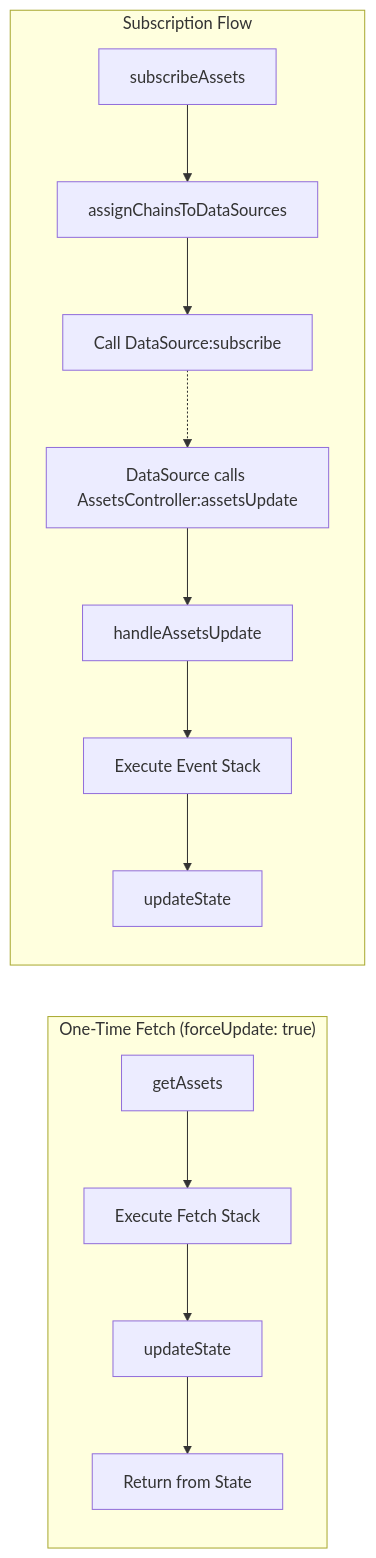
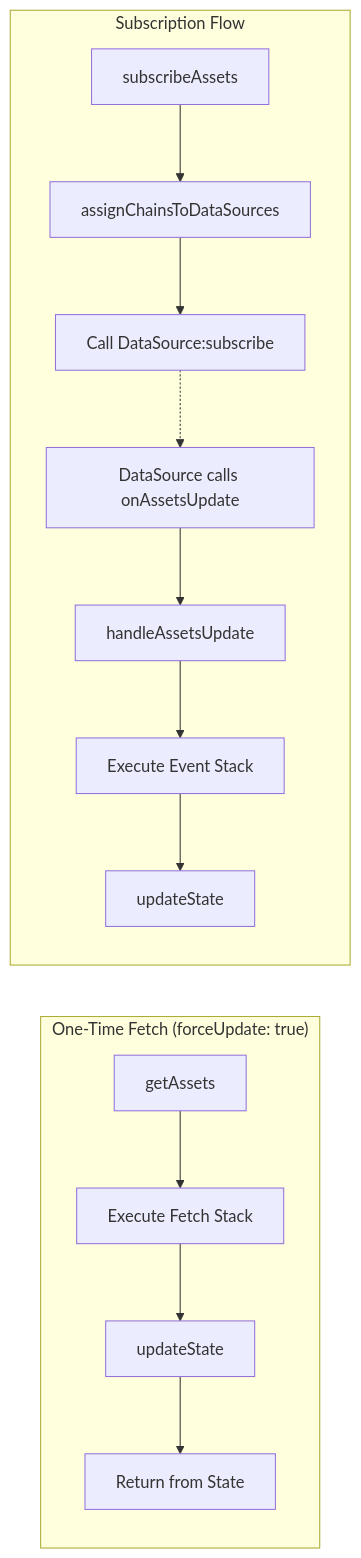
Before and after one commit to MetaMask/core: the second of 2 diagrams in packages/assets-controller/src/README.md, drawn with Mermaid. The commit also changed other lines of this file and 24 other files, not shown here.

Commit message:
fix(assets-controller): clean code

````diff
--- a/packages/assets-controller/src/README.md
+++ b/packages/assets-controller/src/README.md
@@ -877,25 +644,25 @@
 ```mermaid
 flowchart LR
     subgraph Fetch["One-Time Fetch (forceUpdate: true)"]
         F1[getAssets]
         F2[Execute Fetch Stack]
         F3[updateState]
         F4[Return from State]
 
         F1 --> F2 --> F3 --> F4
     end
 
     subgraph Subscribe["Subscription Flow"]
         S1[subscribeAssets]
         S2[assignChainsToDataSources]
         S3[Call DataSource:subscribe]
-        S4[DataSource calls AssetsController:assetsUpdate]
+        S4[DataSource calls onAssetsUpdate]
         S5[handleAssetsUpdate]
         S6[Execute Event Stack]
         S7[updateState]
 
         S1 --> S2 --> S3
         S3 -.-> S4
         S4 --> S5 --> S6 --> S7
     end
 ```
````
